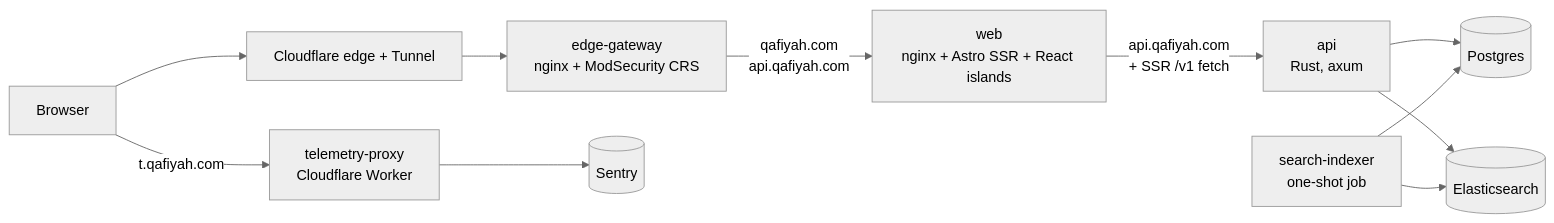
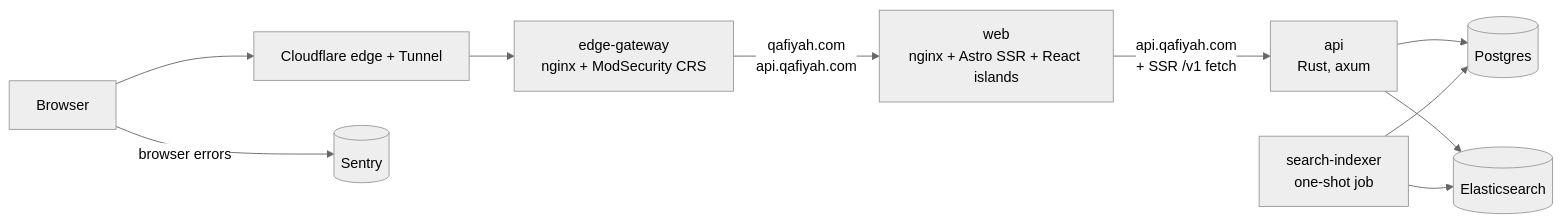
The diagram in README.md (raaqimorg/qafiyah), drawn with Mermaid (neutral theme) before and after one commit. The commit also changed other lines of this file and 30 other files, not shown here.

Commit message:
fix(web): send browser errors straight to Sentry and remove the telemetry-proxy Worker (#231)

````diff
--- a/README.md
+++ b/README.md
@@ -81,13 +81,12 @@
 ```mermaid
 flowchart LR
     browser["Browser"] --> cf["Cloudflare edge + Tunnel"]
     cf --> edge["edge-gateway<br/>nginx + ModSecurity CRS"]
     edge -->|"qafiyah.com<br/>api.qafiyah.com"| web["web<br/>nginx + Astro SSR + React islands"]
     web -->|"api.qafiyah.com<br/>+ SSR /v1 fetch"| api["api<br/>Rust, axum"]
     api --> db[("Postgres")]
     api --> es[("Elasticsearch")]
     indexer["search-indexer<br/>one-shot job"] --> db
     indexer --> es
-    browser -->|"t.qafiyah.com"| telemetry["telemetry-proxy<br/>Cloudflare Worker"]
-    telemetry --> sentry[("Sentry")]
+    browser -->|"browser errors"| sentry[("Sentry")]
 ```
````
